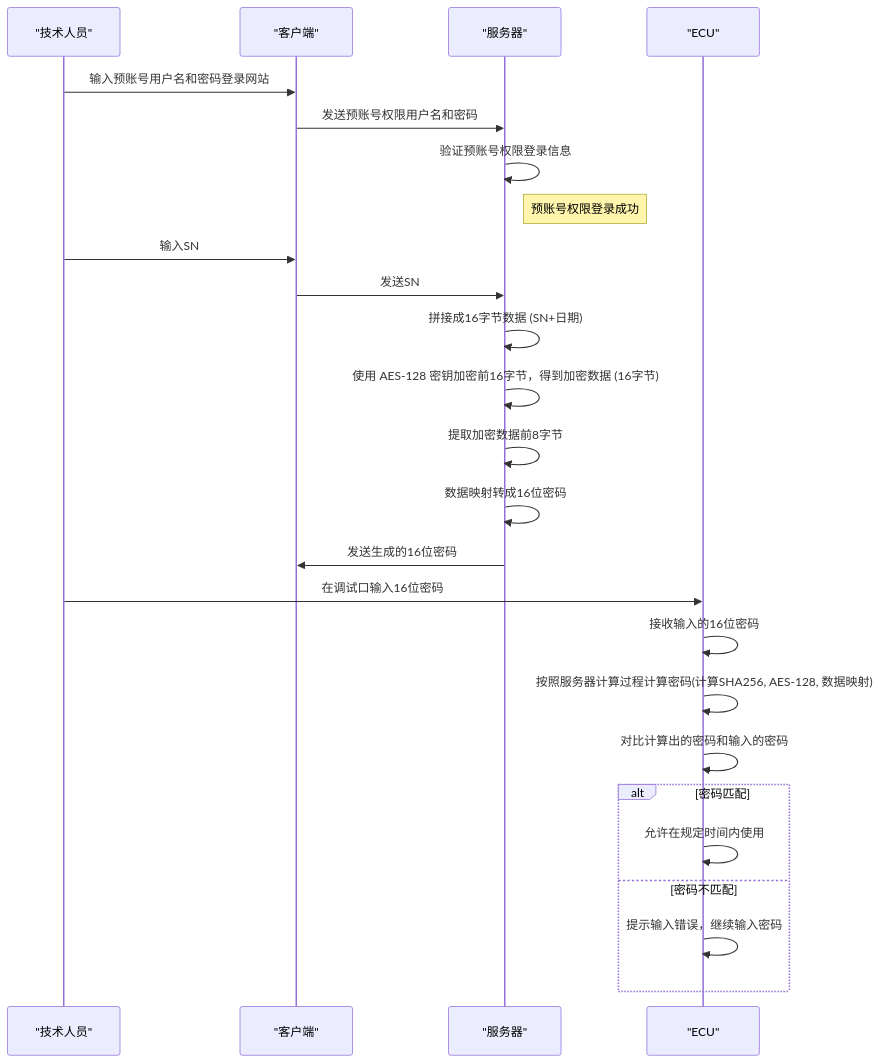
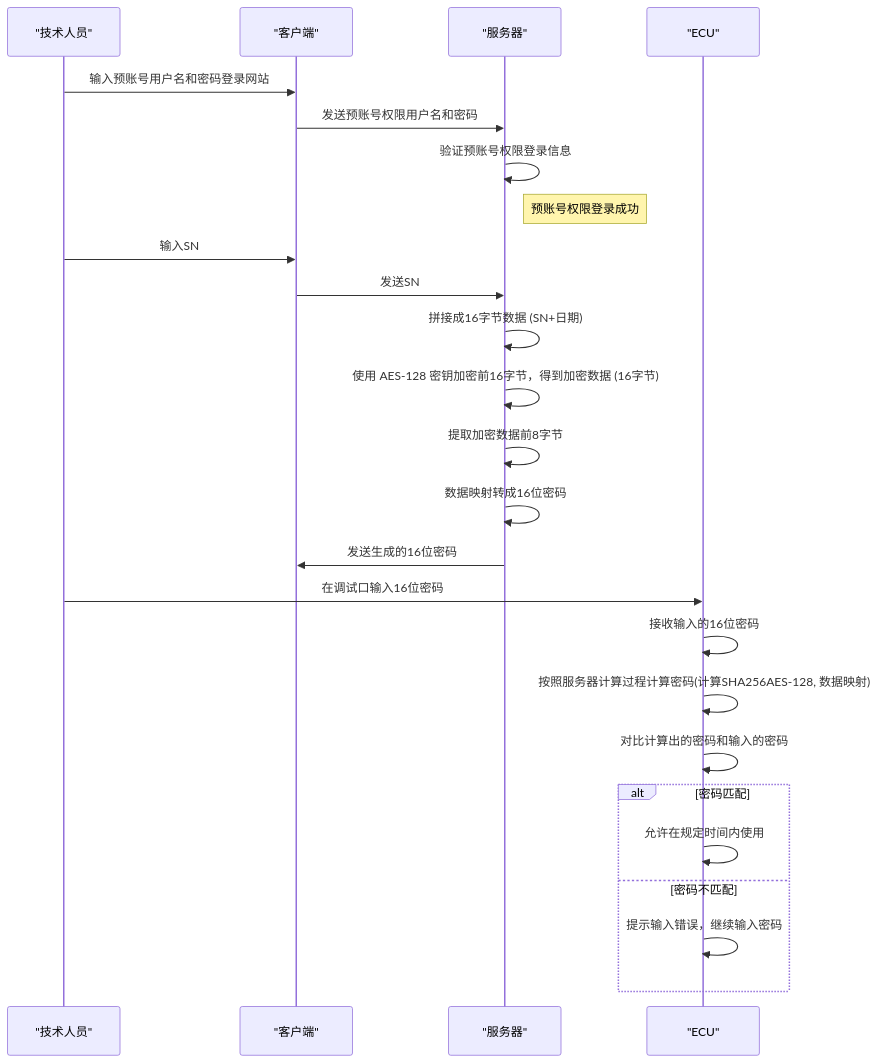
Before and after one commit to facebook-cloud/iodraw-files: the diagram in all/未命名-12.md, drawn with Mermaid.

Commit message:
2026-01-14 13:55:31 update

````diff
--- a/all/未命名-12.md
+++ b/all/未命名-12.md
@@ -1,37 +1,36 @@
 ```mermaid
 sequenceDiagram
     participant Technician as "技术人员"
     participant Client as "客户端"
     participant Server as "服务器"
     participant ECU as "ECU"
 
     Technician->>Client: 输入预账号用户名和密码登录网站
     Client->>Server: 发送预账号权限用户名和密码
 
     Server->>Server: 验证预账号权限登录信息
     Note right of Server: 预账号权限登录成功
 
     Technician->>Client: 输入SN
     Client->>Server: 发送SN
 
     Server->>Server: 拼接成16字节数据 (SN+日期)
-
     Server->>Server: 使用 AES-128 密钥加密前16字节，得到加密数据 (16字节)
     Server->>Server: 提取加密数据前8字节
     Server->>Server: 数据映射转成16位密码
 
     Server->>Client: 发送生成的16位密码
 
     Technician->>ECU: 在调试口输入16位密码
 
     ECU->>ECU: 接收输入的16位密码
-    ECU->>ECU: 按照服务器计算过程计算密码(计算SHA256, AES-128, 数据映射)
+    ECU->>ECU: 按照服务器计算过程计算密码(计算SHA256AES-128, 数据映射)
 
     ECU->>ECU: 对比计算出的密码和输入的密码
     alt 密码匹配
         ECU->>ECU: 允许在规定时间内使用
     else 密码不匹配
         ECU->>ECU: 提示输入错误，继续输入密码
     end
 
 ```
````
